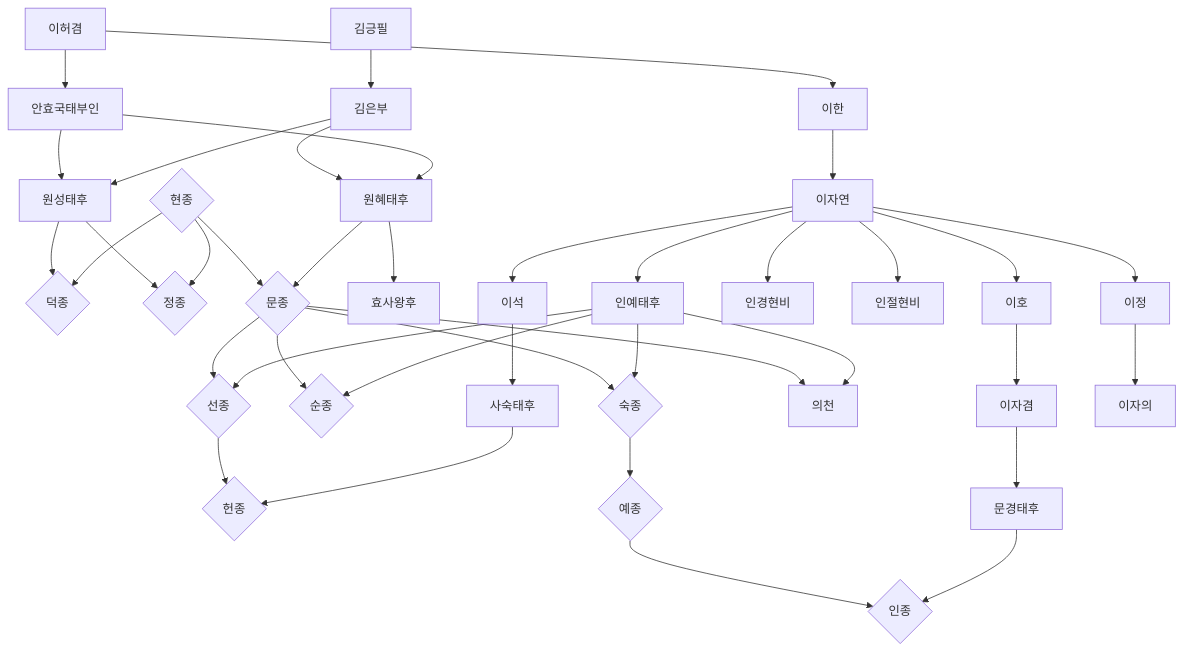
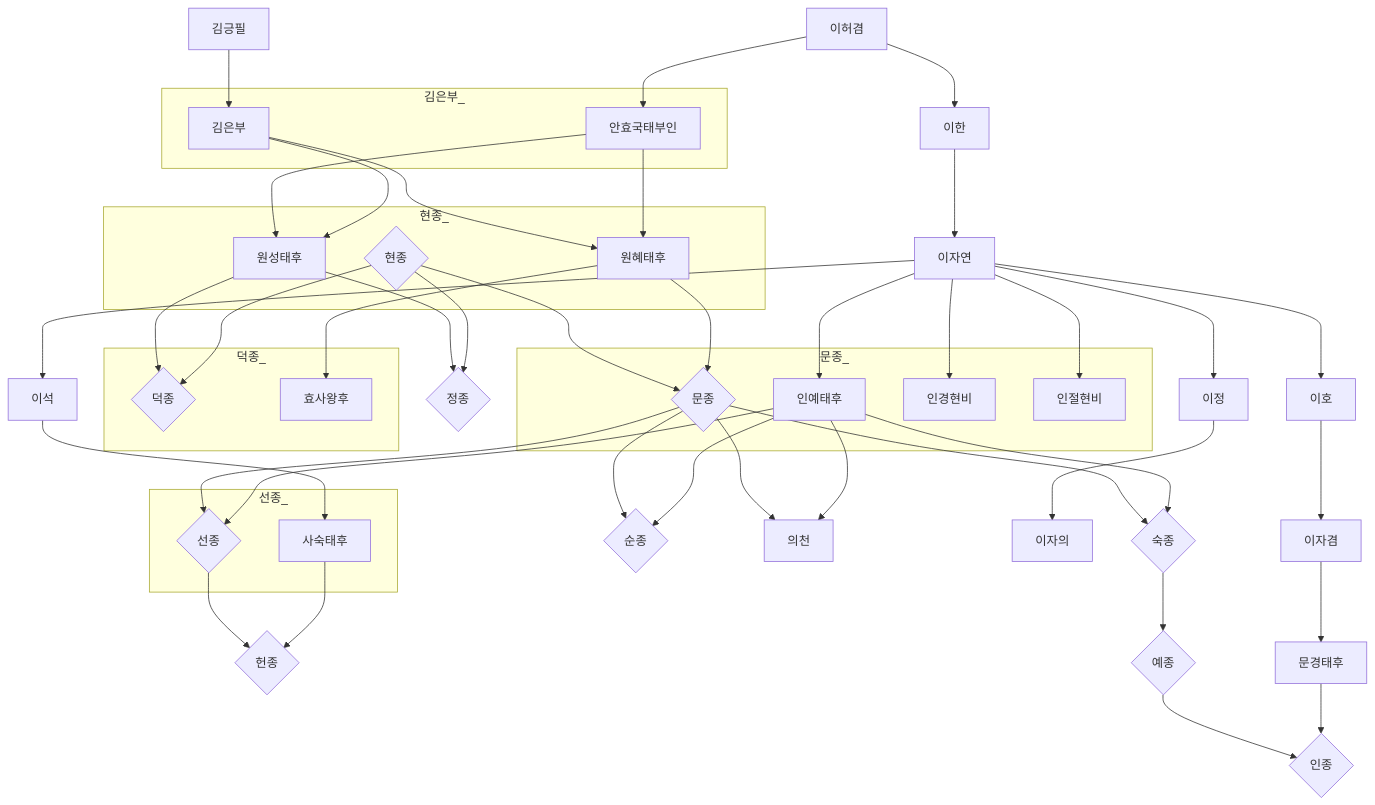
The third of 4 diagrams in 한국사/고려_문순선헌숙.md (daewonyoon/historigram), drawn with Mermaid before and after one commit. The commit also changed 1 other file, not shown here.

````diff
--- a/한국사/고려_문순선헌숙.md
+++ b/한국사/고려_문순선헌숙.md
@@ -36,48 +36,76 @@
 ```mermaid
 graph TD
 
+subgraph 김은부_
+김은부
+안효국태부인
+end
+
+subgraph 덕종_
+덕종
+효사왕후
+end
 이허겸 --> 안효국태부인
 안효국태부인 --> 원성태후
 김긍필 --> 김은부
 김은부 --> 원성태후
 원성태후 --> 덕종{덕종}
 원성태후 --> 정종{정종}
 현종{현종} --> 덕종
 현종 --> 정종
 김은부 -->원혜태후
 안효국태부인 --> 원혜태후
 현종 --> 문종{문종}
 원혜태후 --> 문종
 원혜태후 --> 효사왕후
 이허겸 --> 이한
 이한 --> 이자연
 이자연 --> 이호
 이자연 --> 인예태후
 이자연 --> 인경현비
 이자연 --> 인절현비
 이호 --> 이자겸
 
+subgraph 현종_
+현종
+원혜태후
+원성태후
+end
+
 문종 --> 순종{순종}
 문종 --> 선종{선종}
 문종 --> 숙종{숙종}
 문종 --> 의천
+subgraph 문종_
+문종
+인예태후
+인경현비
+인절현비
+end
+
+subgraph 선종_
+선종
+사숙태후
+end
 인예태후 --> 순종
 인예태후 --> 선종
 인예태후 --> 숙종
 인예태후 --> 의천
 
 이자연 --> 이석
 이자연 --> 이정
 이석 --> 사숙태후
 이정 --> 이자의
 
 선종 --> 헌종{헌종}
 사숙태후 --> 헌종
 
+
+
 숙종 --> 예종{예종}
 예종 --> 인종{인종}
 이자겸 --> 문경태후
 문경태후 --> 인종
 
 
 ```
````
